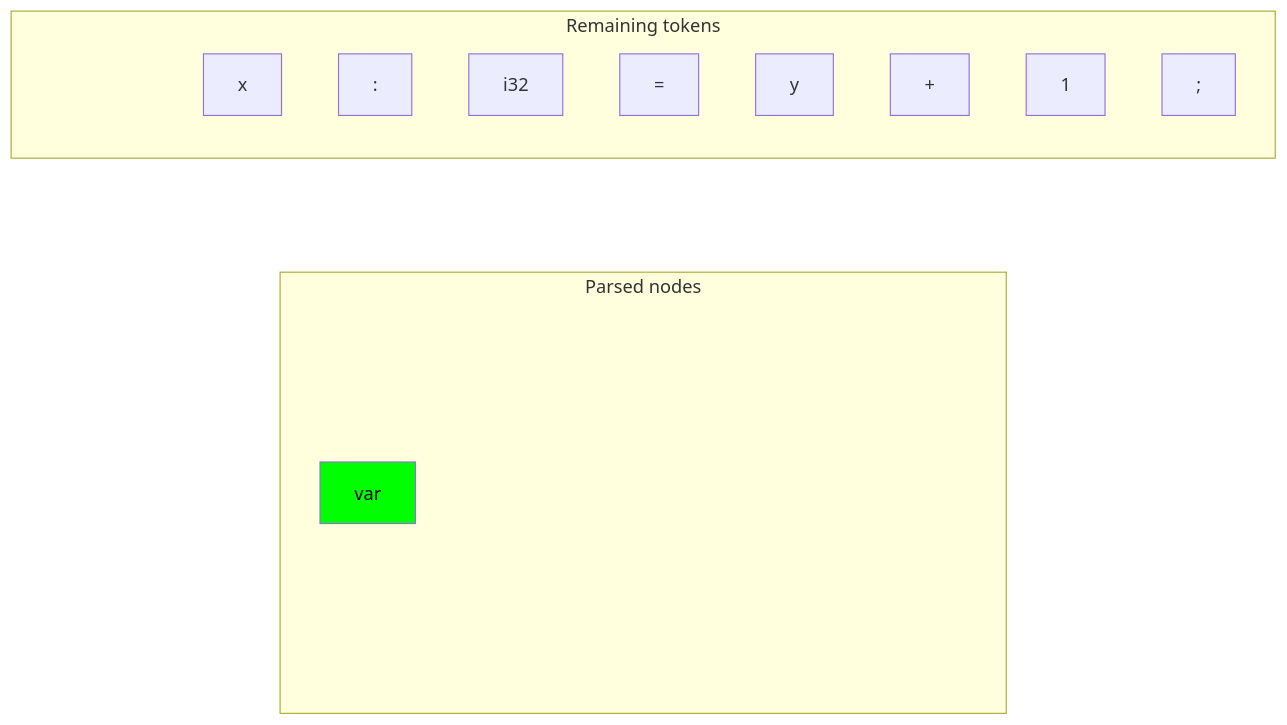
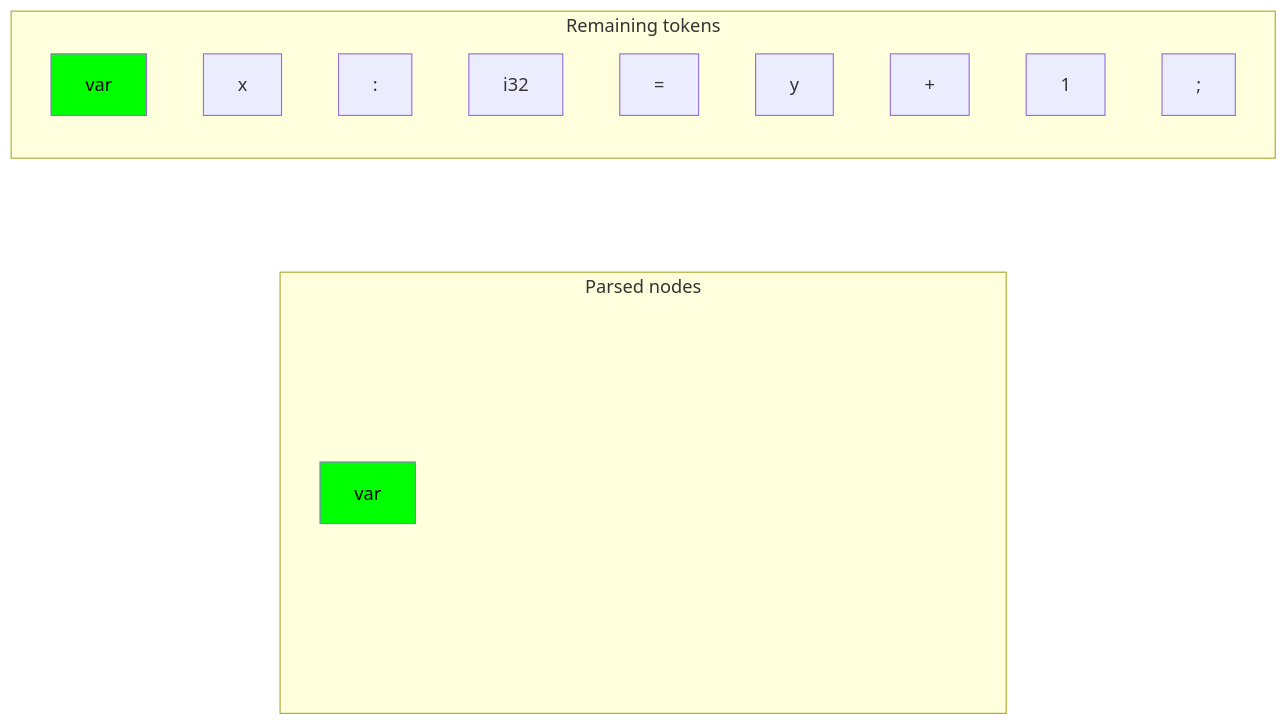
One commit to carbon-language/carbon-lang changed the second of 9 diagrams in toolchain/docs/parse.md. Above: the diagram before and after it, drawn with Mermaid. The commit also changed other lines of this file, not shown here.

````diff
--- a/toolchain/docs/parse.md
+++ b/toolchain/docs/parse.md
@@ -201,45 +196,45 @@
 ```mermaid
 flowchart BT
     subgraph tokens["Remaining tokens"]
-        token1[var]:::used
+        token1[var]:::moved
         token2[x]
         token3[:]
         token4[i32]
         token5[=]
         token6[y]
         token7[+]
         token8[1]
         token9[;]
     end
 
     subgraph nodes["Parsed nodes"]
         direction BT
         node1[var]:::moved
         node2[x]:::pending
         node3[:]:::pending
         node4[i32]:::pending
         node5[=]:::pending
         node6[y]:::pending
         node7[+]:::pending
         node8[1]:::pending
         node9[;]:::pending
     end
 
     %% A token which has been used.
     classDef used visibility:hidden
     %% A node which will be used, but hasn't yet been.
     classDef pending visibility:hidden
     %% A token or node which is actively being used.
     classDef moved fill:#0F0,color:#000
 
     nodes ~~~ tokens
 
     node1 ~~~~ tokens
     node3 ~~~ node2 & node4
     node3 ~~~ tokens
     node5 ~~~~ tokens
     node7 ~~~ node6 & node8
     node7 ~~~ tokens
     node9 ~~~ node1 & node3 & node5 & node7
     node9 ~~~ tokens
 ```
````
